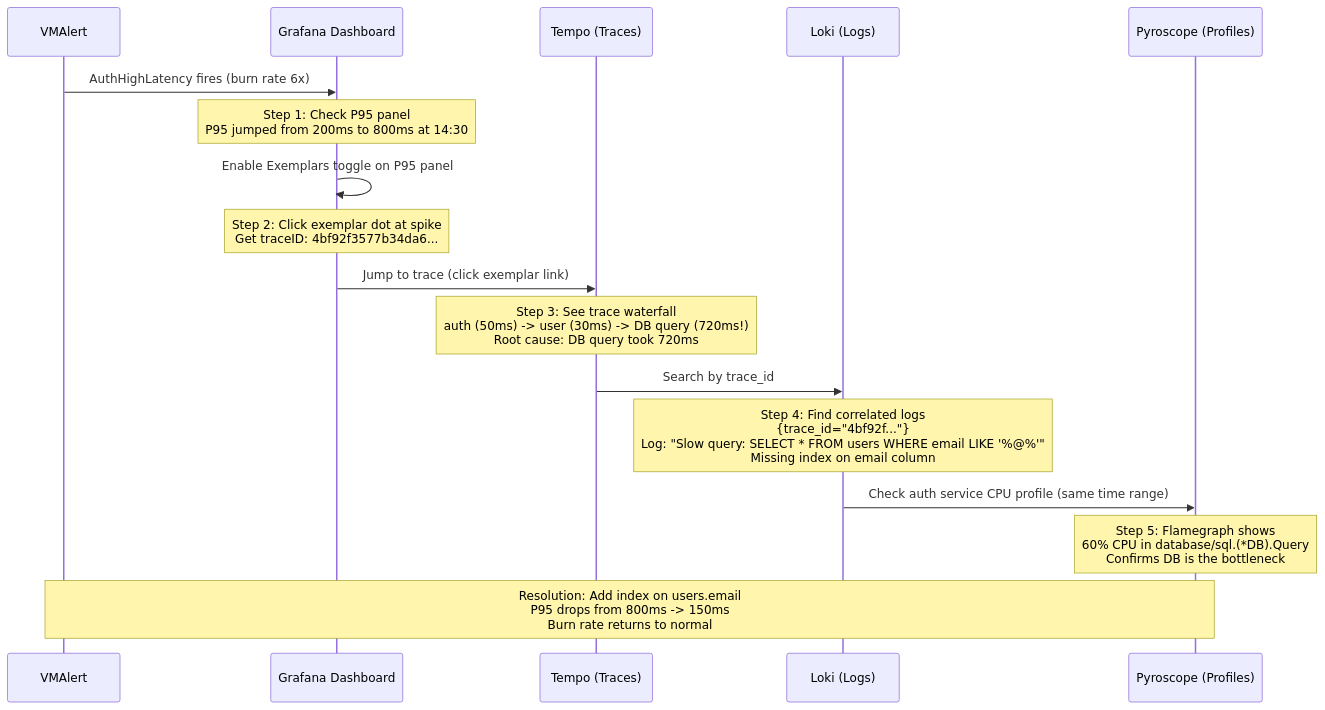
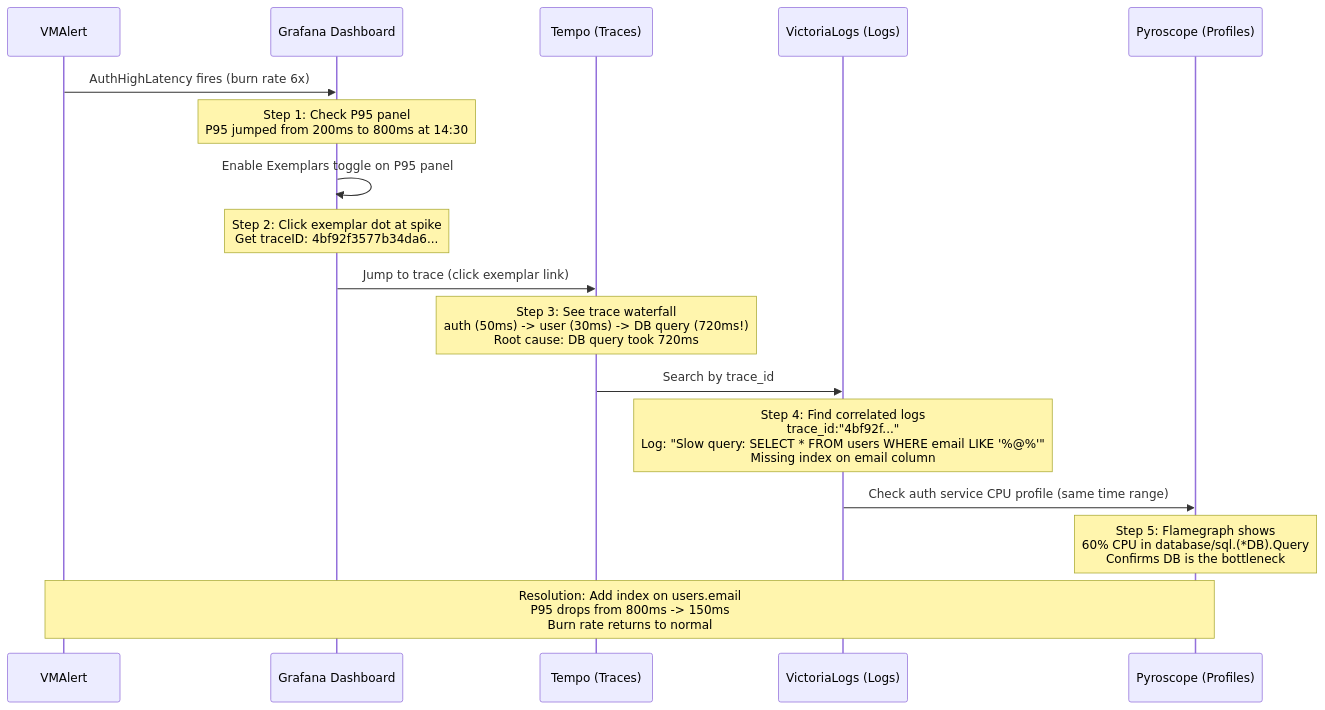
Before and after one commit to duynhlab/homelab: the seventh of 7 diagrams in docs/observability/runbooks/observability-deep-dive.md, drawn with Mermaid. The commit also changed other lines of this file and 5 other files, not shown here.

````diff
--- a/docs/observability/runbooks/observability-deep-dive.md
+++ b/docs/observability/runbooks/observability-deep-dive.md
@@ -431,25 +430,25 @@
 ```mermaid
 sequenceDiagram
     participant Alert as VMAlert
     participant Dash as Grafana Dashboard
     participant Tempo as Tempo (Traces)
-    participant Loki as Loki (Logs)
+    participant VLogs as VictoriaLogs (Logs)
     participant Pyro as Pyroscope (Profiles)
 
     Alert->>Dash: AuthHighLatency fires (burn rate 6x)
     Note over Dash: Step 1: Check P95 panel<br/>P95 jumped from 200ms to 800ms at 14:30
 
     Dash->>Dash: Enable Exemplars toggle on P95 panel
     Note over Dash: Step 2: Click exemplar dot at spike<br/>Get traceID: 4bf92f3577b34da6...
 
     Dash->>Tempo: Jump to trace (click exemplar link)
     Note over Tempo: Step 3: See trace waterfall<br/>auth (50ms) -> user (30ms) -> DB query (720ms!)<br/>Root cause: DB query took 720ms
 
-    Tempo->>Loki: Search by trace_id
-    Note over Loki: Step 4: Find correlated logs<br/>{trace_id="4bf92f..."}<br/>Log: "Slow query: SELECT * FROM users WHERE email LIKE '%@%'"<br/>Missing index on email column
+    Tempo->>VLogs: Search by trace_id
+    Note over VLogs: Step 4: Find correlated logs<br/>trace_id:"4bf92f..."<br/>Log: "Slow query: SELECT * FROM users WHERE email LIKE '%@%'"<br/>Missing index on email column
 
-    Loki->>Pyro: Check auth service CPU profile (same time range)
+    VLogs->>Pyro: Check auth service CPU profile (same time range)
     Note over Pyro: Step 5: Flamegraph shows<br/>60% CPU in database/sql.(*DB).Query<br/>Confirms DB is the bottleneck
 
     Note over Alert,Pyro: Resolution: Add index on users.email<br/>P95 drops from 800ms -> 150ms<br/>Burn rate returns to normal
 ```
````
